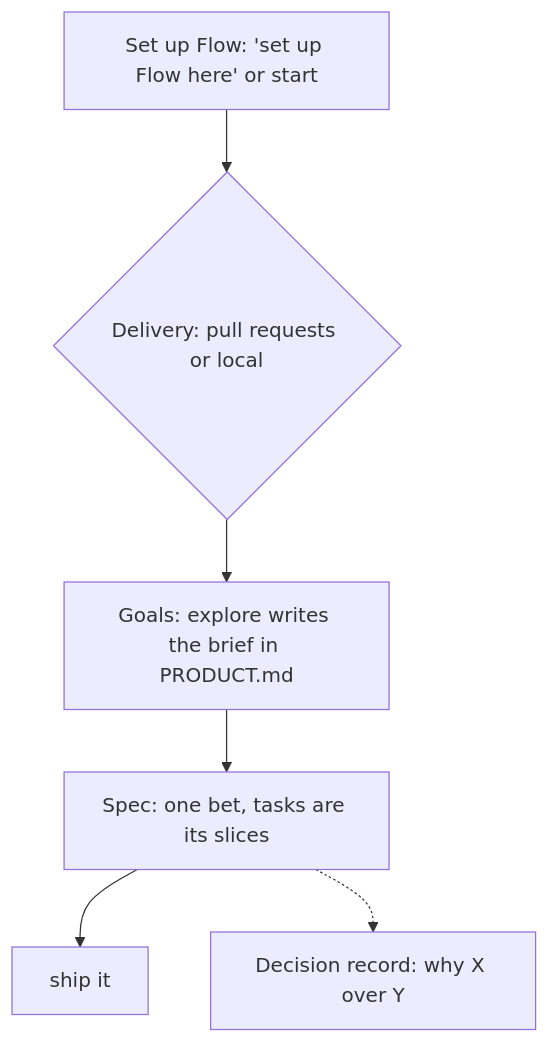
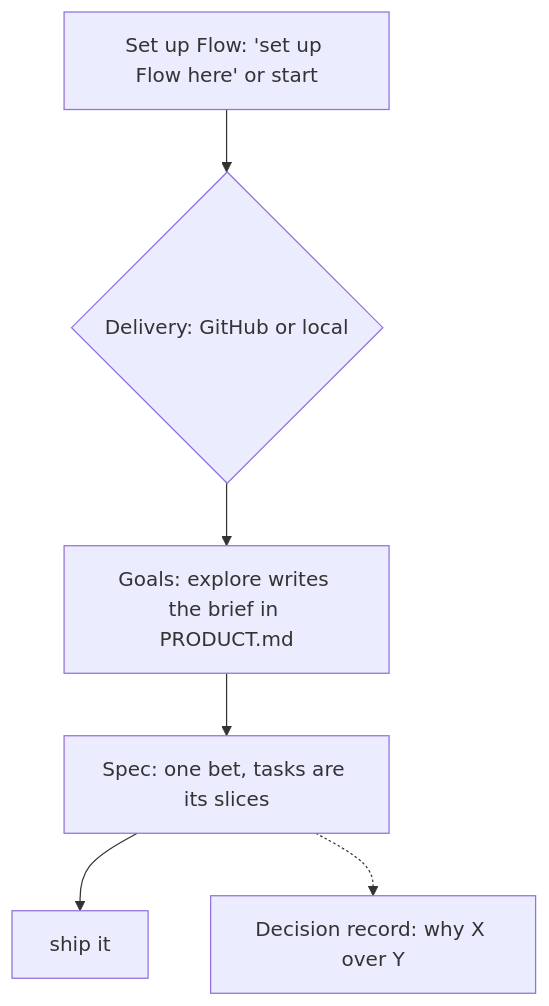
The first of 2 diagrams in README.md (gaboesquivel/flow-skills), drawn with Mermaid before and after one commit. The commit also changed other lines of this file and 31 other files, not shown here.

First line of the commit message:
feat: Git for delivery, GitHub for GitHub mode (spec 023) (#125)

````diff
--- a/README.md
+++ b/README.md
@@ -17,11 +17,11 @@
 ```mermaid
 flowchart TB
   setup["Set up Flow: 'set up Flow here' or start"]
-  delivery{"Delivery: pull requests or local"}
+  delivery{"Delivery: GitHub or local"}
   goals["Goals: explore writes the brief in PRODUCT.md"]
   spec["Spec: one bet, tasks are its slices"]
   decision["Decision record: why X over Y"]
   ship["ship it"]
   setup --> delivery --> goals --> spec --> ship
   spec -.-> decision
 ```
````
